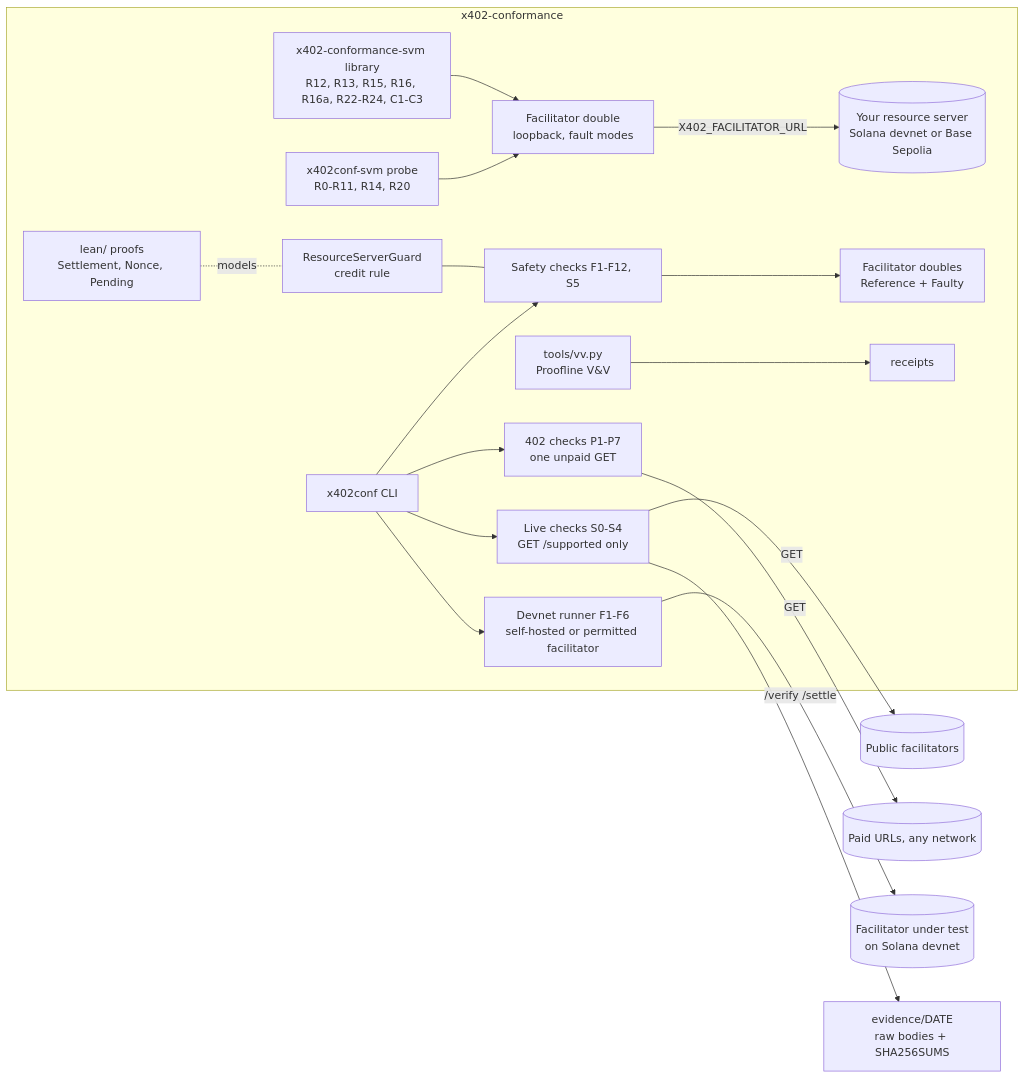
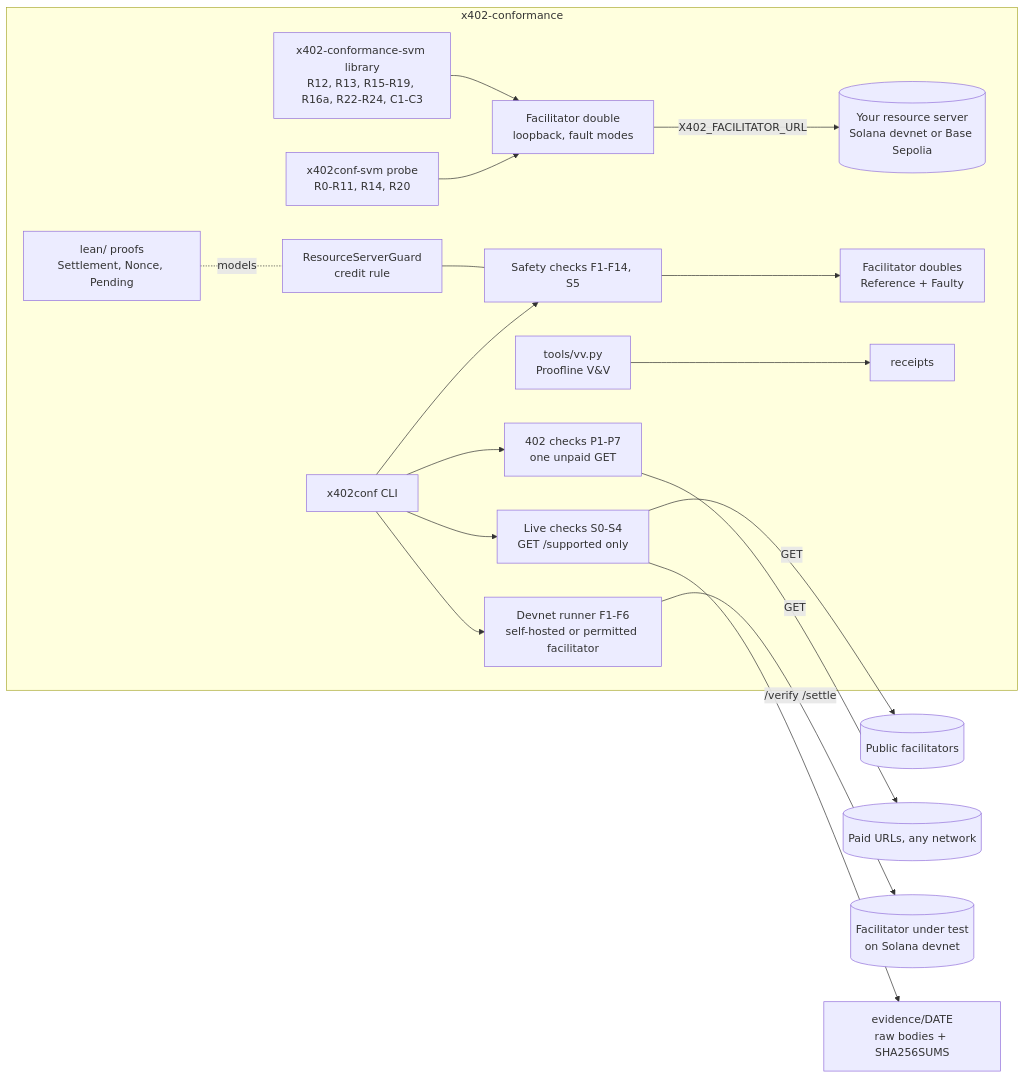
Before and after one commit to atsp-protocol/x402-conformance: the diagram in docs/ARCHITECTURE.md, drawn with Mermaid. The commit also changed other lines of this file and 16 other files, not shown here.

````diff
--- a/docs/ARCHITECTURE.md
+++ b/docs/ARCHITECTURE.md
@@ -5,20 +5,20 @@
 ```mermaid
 flowchart LR
   subgraph suite[x402-conformance]
     CLI[x402conf CLI] --> LIVE[Live checks S0-S4<br/>GET /supported only]
     CLI --> RES[402 checks P1-P7<br/>one unpaid GET]
     PROBE[x402conf-svm probe<br/>R0-R11, R14, R20] --> DBL[Facilitator double<br/>loopback, fault modes]
-    LIB[x402-conformance-svm library<br/>R12, R13, R15, R16, R16a, R22-R24, C1-C3] --> DBL
+    LIB[x402-conformance-svm library<br/>R12, R13, R15-R19, R16a, R22-R24, C1-C3] --> DBL
     DBL -->|X402_FACILITATOR_URL| RS[(Your resource server<br/>Solana devnet or Base Sepolia)]
-    CLI --> OFF[Safety checks F1-F12, S5]
+    CLI --> OFF[Safety checks F1-F14, S5]
     OFF --> DOUBLES[Facilitator doubles<br/>Reference + Faulty]
     CLI --> DEVNET[Devnet runner F1-F6<br/>self-hosted or permitted facilitator]
     GUARD[ResourceServerGuard<br/>credit rule] --- OFF
     LEAN[lean/ proofs<br/>Settlement, Nonce, Pending] -. models .- GUARD
     VV[tools/vv.py<br/>Proofline V&V] --> RCPT[receipts]
   end
   LIVE -->|GET| PUB[(Public facilitators)]
   RES -->|GET| PAID[(Paid URLs, any network)]
   DEVNET -->|/verify /settle| OWN[(Facilitator under test<br/>on Solana devnet)]
   LIVE --> EVID[evidence/DATE<br/>raw bodies + SHA256SUMS]
 ```
````
